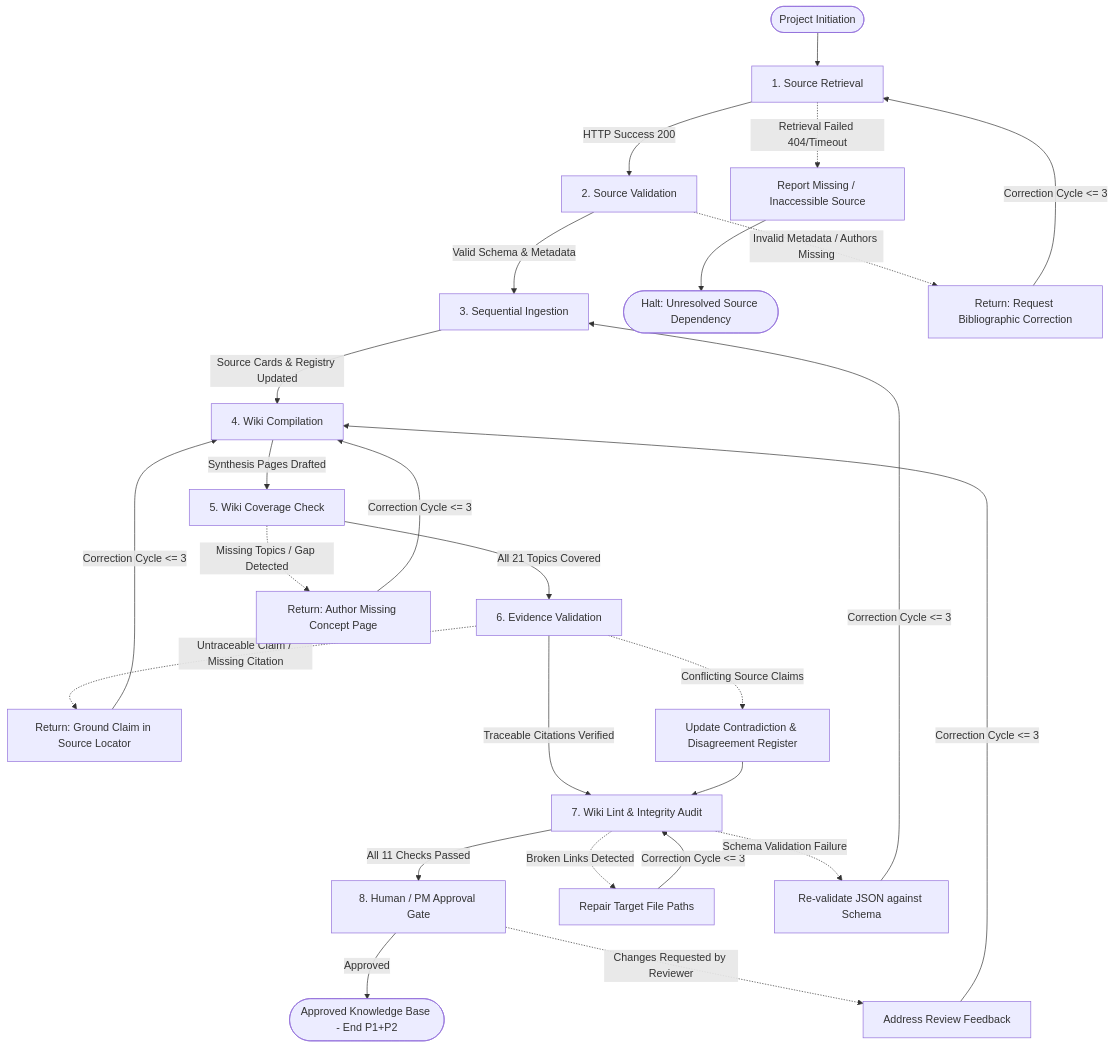
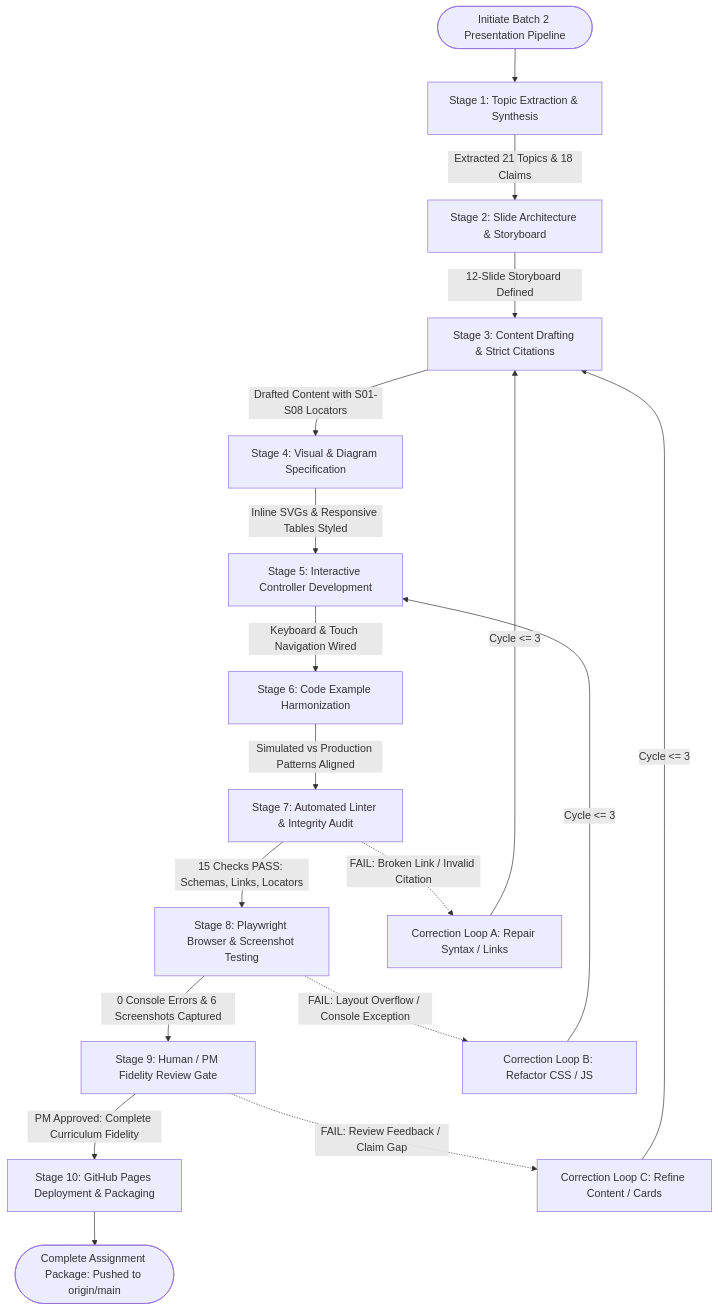
Before and after one commit to Mincow271104/LLM-Wiki: the diagram in workflow/graph.md, drawn with Mermaid. The commit also changed other lines of this file and 67 other files, not shown here.

Commit message:
feat: complete AI Agents teaching presentation and workflow

````diff
--- a/workflow/graph.md
+++ b/workflow/graph.md
@@ -10,38 +14,24 @@
 ```mermaid
 flowchart TD
-    %% Main Forward Line
-    Start([Project Initiation]) --> N1[1. Source Retrieval]
-    N1 -->|HTTP Success 200| N2[2. Source Validation]
-    N2 -->|Valid Schema & Metadata| N3[3. Sequential Ingestion]
-    N3 -->|Source Cards & Registry Updated| N4[4. Wiki Compilation]
-    N4 -->|Synthesis Pages Drafted| N5[5. Wiki Coverage Check]
-    N5 -->|All 21 Topics Covered| N6[6. Evidence Validation]
-    N6 -->|Traceable Citations Verified| N7[7. Wiki Lint & Integrity Audit]
-    N7 -->|All 11 Checks Passed| N8[8. Human / PM Approval Gate]
-    N8 -->|Approved| Approved([Approved Knowledge Base - End P1+P2])
+    Start([Initiate Batch 2 Presentation Pipeline]) --> S1[Stage 1: Topic Extraction & Synthesis]
+    S1 -->|Extracted 21 Topics & 18 Claims| S2[Stage 2: Slide Architecture & Storyboard]
+    S2 -->|12-Slide Storyboard Defined| S3[Stage 3: Content Drafting & Strict Citations]
+    S3 -->|Drafted Content with S01-S08 Locators| S4[Stage 4: Visual & Diagram Specification]
+    S4 -->|Inline SVGs & Responsive Tables Styled| S5[Stage 5: Interactive Controller Development]
+    S5 -->|Keyboard & Touch Navigation Wired| S6[Stage 6: Code Example Harmonization]
+    S6 -->|Simulated vs Production Patterns Aligned| S7[Stage 7: Automated Linter & Integrity Audit]
 
-    %% Failure Routes & Return Paths (Max 3 cycles)
-    N1 -.->|Retrieval Failed 404/Timeout| E1[Report Missing / Inaccessible Source]
-    E1 --> StopFailed([Halt: Unresolved Source Dependency])
+    S7 -->|15 Checks PASS: Schemas, Links, Locators| S8[Stage 8: Playwright Browser & Screenshot Testing]
+    S7 -.->|FAIL: Broken Link / Invalid Citation| L7[Correction Loop A: Repair Syntax / Links]
+    L7 -->|Cycle <= 3| S3
 
-    N2 -.->|Invalid Metadata / Authors Missing| R2[Return: Request Bibliographic Correction]
-    R2 -->|Correction Cycle <= 3| N1
+    S8 -->|0 Console Errors & 6 Screenshots Captured| S9[Stage 9: Human / PM Fidelity Review Gate]
+    S8 -.->|FAIL: Layout Overflow / Console Exception| L8[Correction Loop B: Refactor CSS / JS]
+    L8 -->|Cycle <= 3| S5
 
-    N5 -.->|Missing Topics / Gap Detected| R5[Return: Author Missing Concept Page]
-    R5 -->|Correction Cycle <= 3| N4
+    S9 -->|PM Approved: Complete Curriculum Fidelity| S10[Stage 10: GitHub Pages Deployment & Packaging]
+    S9 -.->|FAIL: Review Feedback / Claim Gap| L9[Correction Loop C: Refine Content / Cards]
+    L9 -->|Cycle <= 3| S3
 
-    N6 -.->|Untraceable Claim / Missing Citation| R6[Return: Ground Claim in Source Locator]
-    R6 -->|Correction Cycle <= 3| N4
-
-    N6 -.->|Conflicting Source Claims| C6[Update Contradiction & Disagreement Register]
-    C6 --> N7
-
-    N7 -.->|Broken Links Detected| R7A[Repair Target File Paths]
-    R7A -->|Correction Cycle <= 3| N7
-
-    N7 -.->|Schema Validation Failure| R7B[Re-validate JSON against Schema]
-    R7B -->|Correction Cycle <= 3| N3
-
-    N8 -.->|Changes Requested by Reviewer| R8[Address Review Feedback]
-    R8 -->|Correction Cycle <= 3| N4
+    S10 --> End([Complete Assignment Package: Pushed to origin/main])
 ```
````
